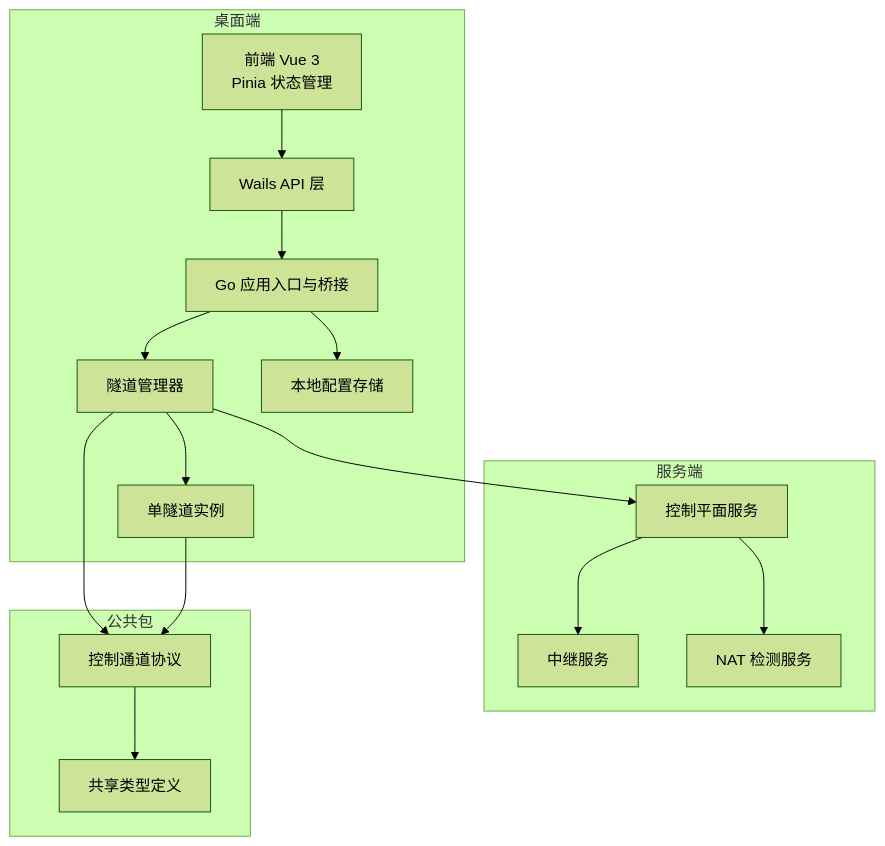
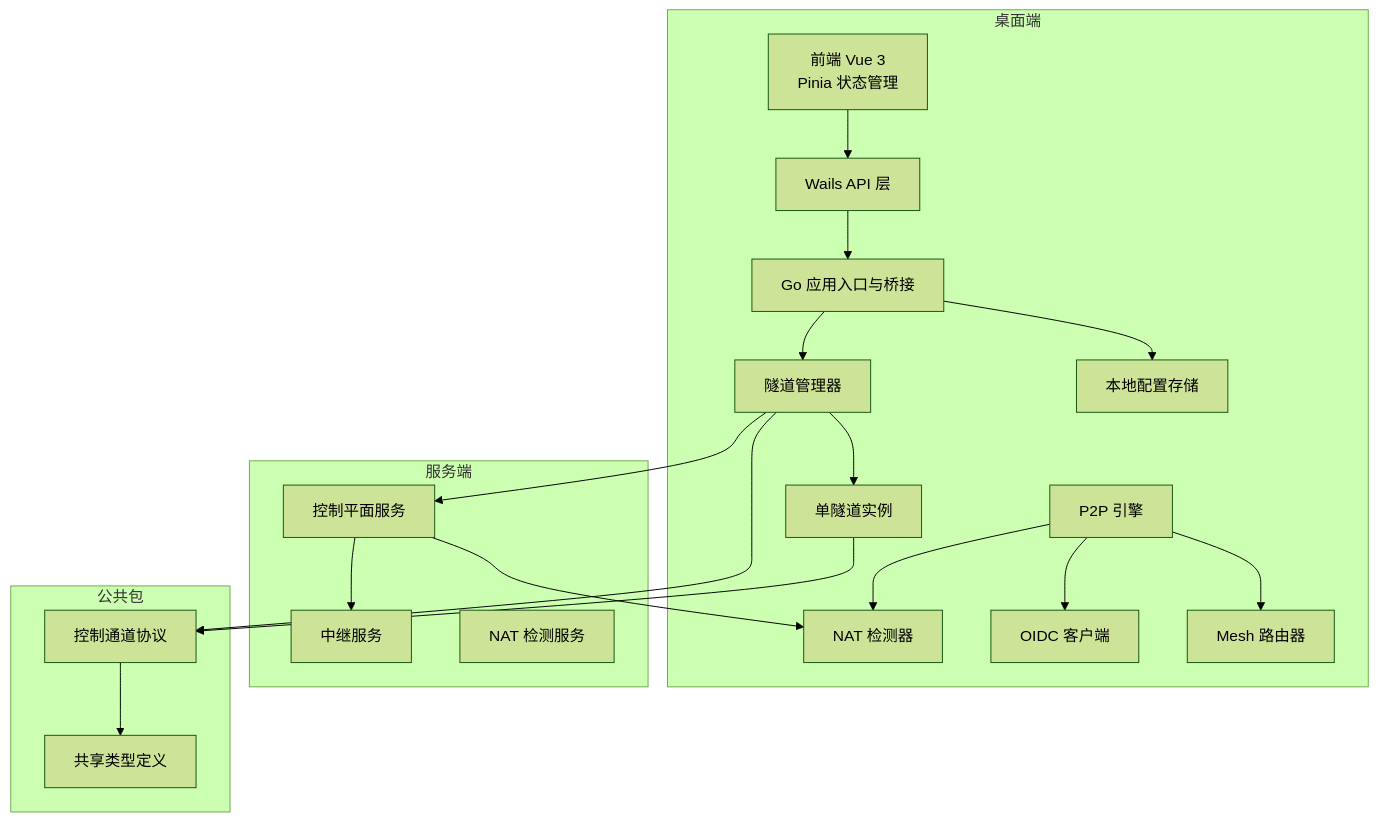
Before and after one commit to itsharex/NexTunnel: the first of 7 diagrams in .qoder/repowiki/zh/content/开发者指南/项目进度跟踪.md, drawn with Mermaid (forest theme). The commit also changed other lines of this file and 6 other files, not shown here.

First line of the commit message:
docs(progress): 更新项目进度，标记 Phase 2 完成并完善相关文档和视图

````diff
--- a/.qoder/repowiki/zh/content/开发者指南/项目进度跟踪.md
+++ b/.qoder/repowiki/zh/content/开发者指南/项目进度跟踪.md
@@ -47,31 +63,38 @@
 ```mermaid
 graph TB
 subgraph "桌面端"
 FE["前端 Vue 3<br/>Pinia 状态管理"]
 API["Wails API 层"]
 APP["Go 应用入口与桥接"]
 TUNMAN["隧道管理器"]
 TUN["单隧道实例"]
 CFG["本地配置存储"]
+P2PENG["P2P 引擎"]
+NATDET["NAT 检测器"]
+OIDCCLI["OIDC 客户端"]
+MESHR["Mesh 路由器"]
 end
 subgraph "服务端"
 CP["控制平面服务"]
 RELAY["中继服务"]
-NATDET["NAT 检测服务"]
+NATDET_SRV["NAT 检测服务"]
 end
 subgraph "公共包"
 TYPES["共享类型定义"]
 PROTO["控制通道协议"]
 end
 FE --> API
 API --> APP
 APP --> TUNMAN
 TUNMAN --> TUN
 APP --> CFG
 TUNMAN --> PROTO
 TUN --> PROTO
 PROTO --> TYPES
 TUNMAN --> CP
 CP --> RELAY
 CP --> NATDET
+P2PENG --> NATDET
+P2PENG --> MESHR
+P2PENG --> OIDCCLI
 ```
````
